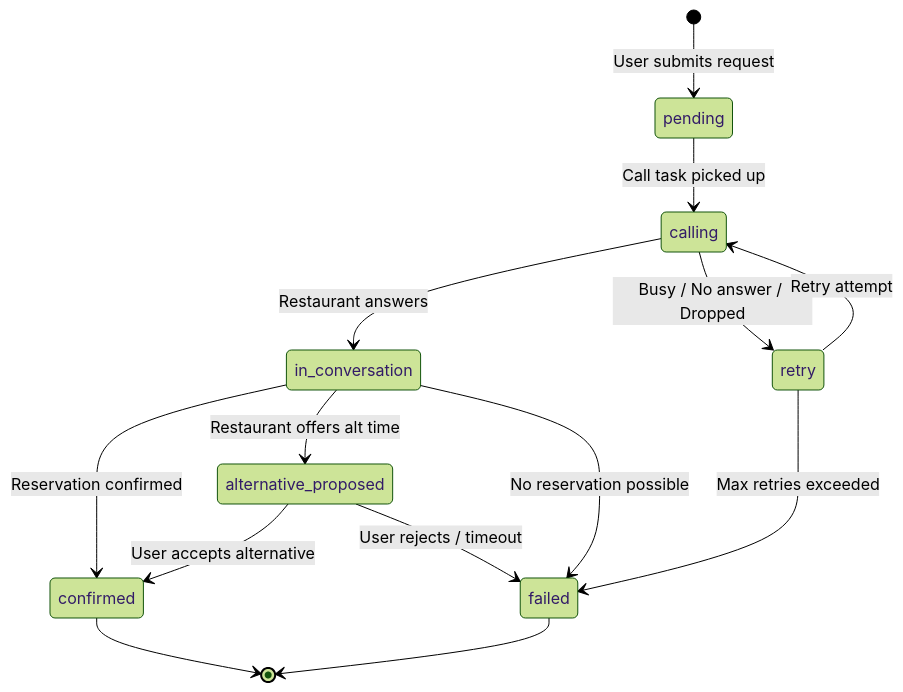
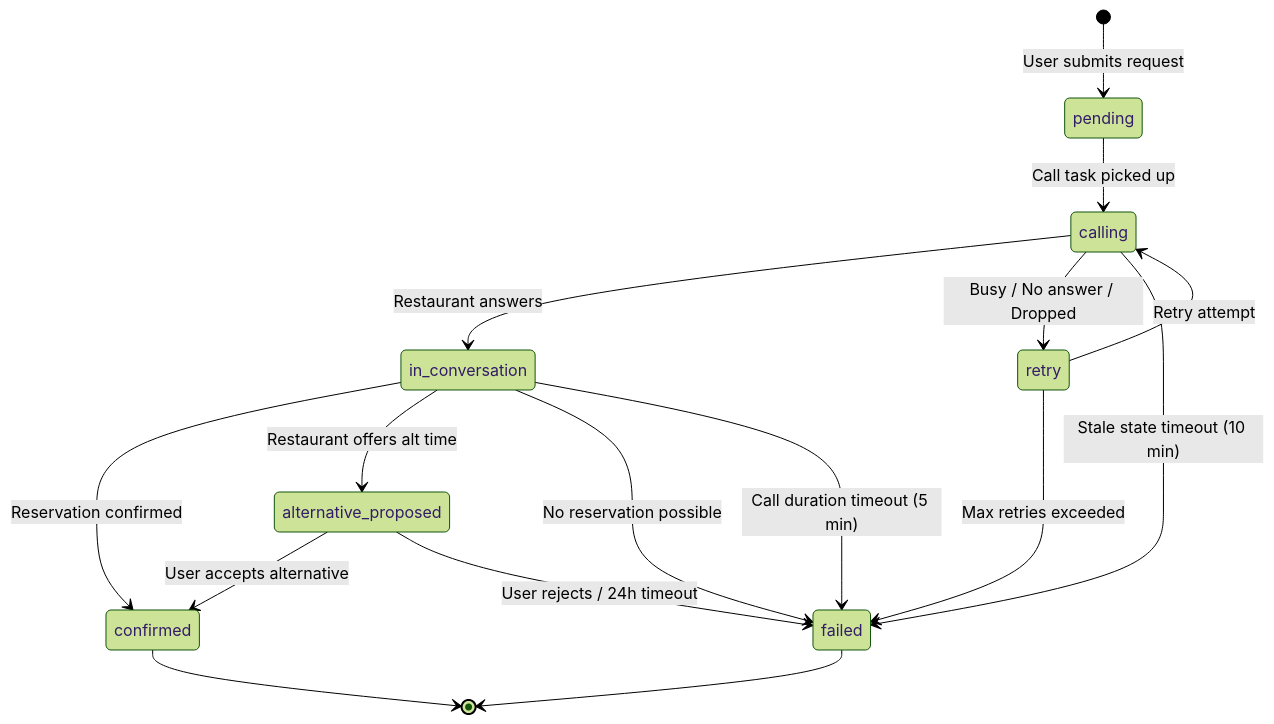
One commit to paihanhuang/restaurant-reservation changed the second of 2 diagrams in Implementation Plan/architecture_design.md. Above: the diagram before and after it, drawn with Mermaid (forest theme). The commit also changed other lines of this file, not shown here.

First line of the commit message:
docs: revise architecture (v2) - address all 17 critique items

````diff
--- a/Implementation Plan/architecture_design.md
+++ b/Implementation Plan/architecture_design.md
@@ -507,16 +804,18 @@
 ```mermaid
 stateDiagram-v2
     [*] --> pending : User submits request
     pending --> calling : Call task picked up
     calling --> in_conversation : Restaurant answers
     calling --> retry : Busy / No answer / Dropped
+    calling --> failed : Stale state timeout (10 min)
     retry --> calling : Retry attempt
     retry --> failed : Max retries exceeded
     in_conversation --> confirmed : Reservation confirmed
     in_conversation --> alternative_proposed : Restaurant offers alt time
     in_conversation --> failed : No reservation possible
+    in_conversation --> failed : Call duration timeout (5 min)
     alternative_proposed --> confirmed : User accepts alternative
-    alternative_proposed --> failed : User rejects / timeout
+    alternative_proposed --> failed : User rejects / 24h timeout
     confirmed --> [*]
     failed --> [*]
 ```
````
